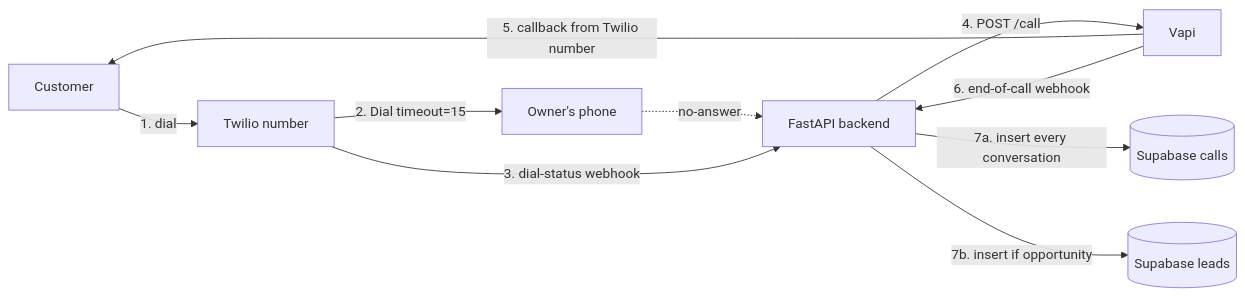
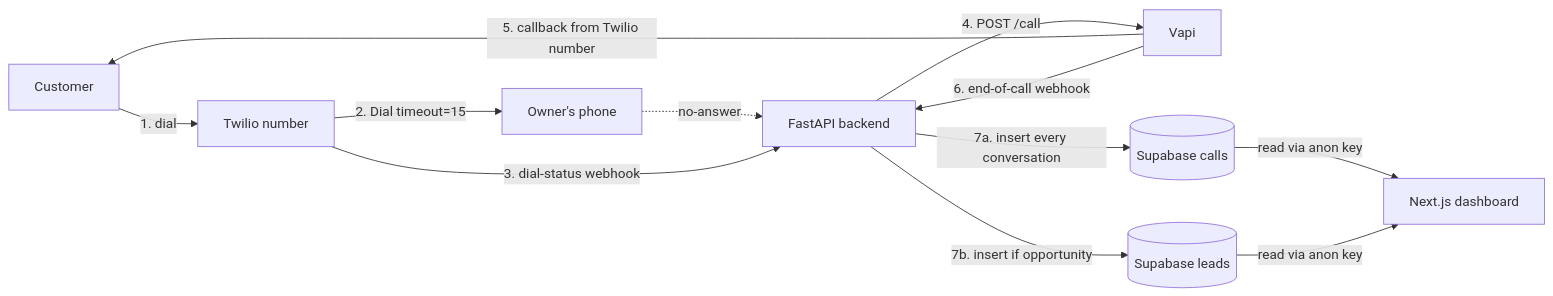
Before and after one commit to attiameiryosef-collab/missed-callback-ai: the diagram in README.md, drawn with Mermaid. The commit also changed other lines of this file and 4 other files, not shown here.

````diff
--- a/README.md
+++ b/README.md
@@ -35,12 +54,14 @@
 ```mermaid
 flowchart LR
     A[Customer] -->|1. dial| B[Twilio number]
     B -->|2. Dial timeout=15| C[Owner's phone]
     C -. no-answer .-> D[FastAPI backend]
     B -->|3. dial-status webhook| D
     D -->|4. POST /call| E[Vapi]
     E -->|5. callback from Twilio number| A
     E -->|6. end-of-call webhook| D
     D -->|7a. insert every conversation| F[(Supabase calls)]
     D -->|7b. insert if opportunity| G[(Supabase leads)]
+    F -->|read via anon key| H[Next.js dashboard]
+    G -->|read via anon key| H
 ```
````
